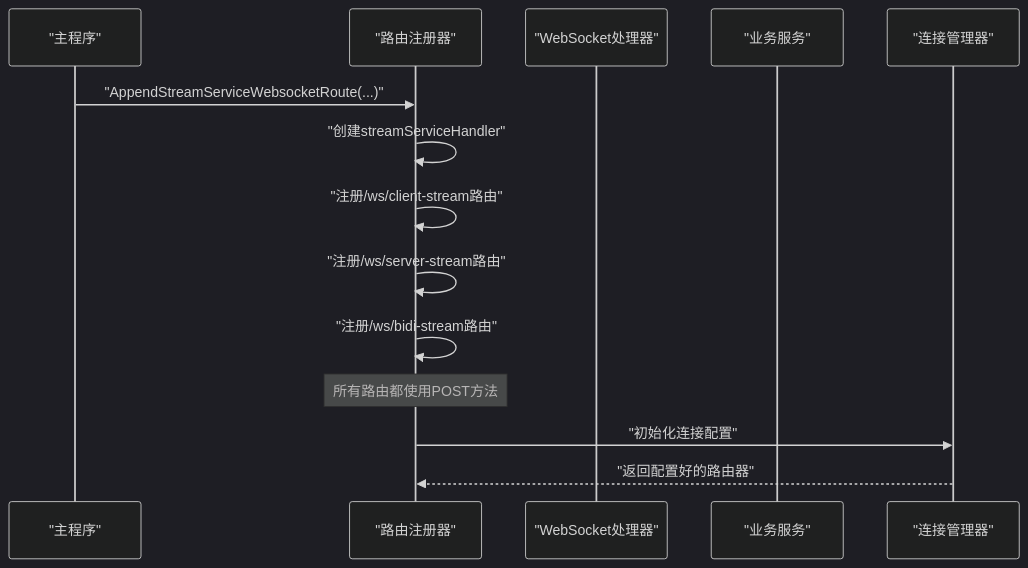
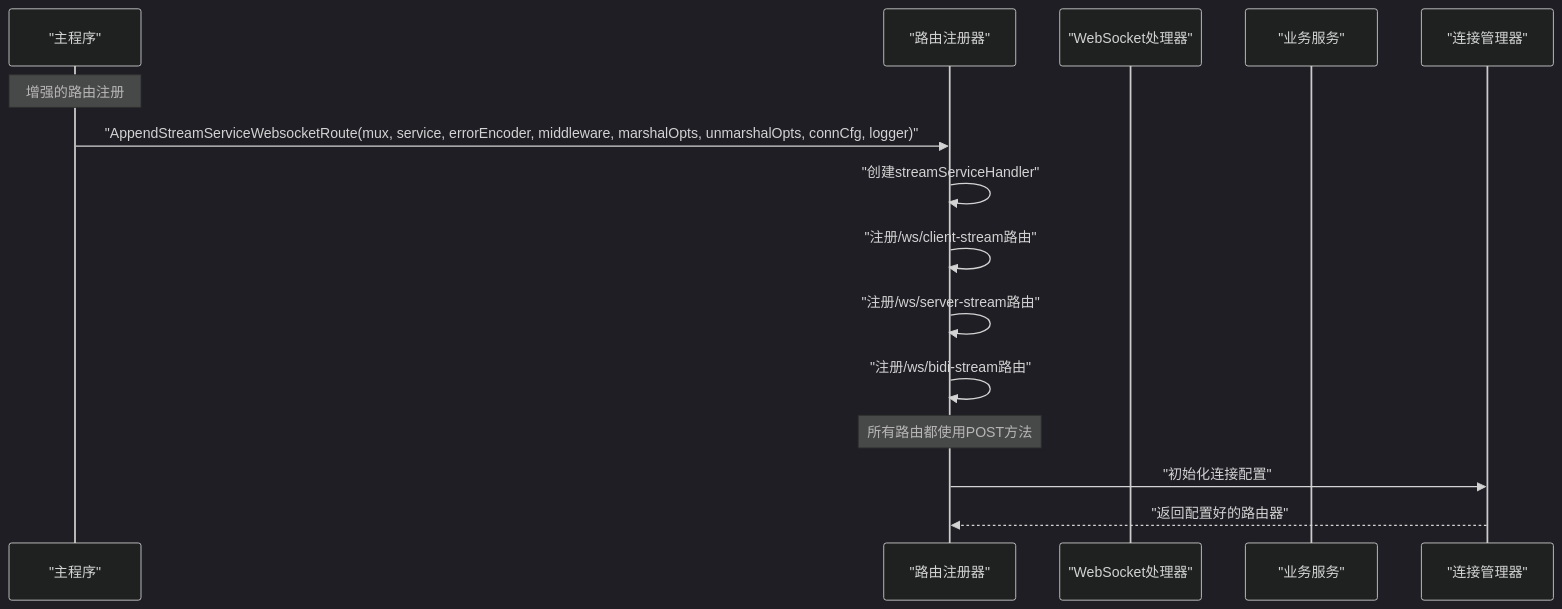
Before and after one commit to soyacen/goose: the eighth of 11 diagrams in .agents/repowiki/zh/content/HTTP 服务器框架/路由管理和处理.md, drawn with Mermaid (dark theme). The commit also changed other lines of this file and 6 other files, not shown here.

````diff
--- a/.agents/repowiki/zh/content/HTTP 服务器框架/路由管理和处理.md
+++ b/.agents/repowiki/zh/content/HTTP 服务器框架/路由管理和处理.md
@@ -437,16 +439,17 @@
 ```mermaid
 sequenceDiagram
 participant Main as "主程序"
 participant Router as "路由注册器"
 participant Handler as "WebSocket处理器"
 participant Service as "业务服务"
 participant ConnMgr as "连接管理器"
-Main->>Router : "AppendStreamServiceWebsocketRoute(...)"
+Note over Main : 增强的路由注册
+Main->>Router : "AppendStreamServiceWebsocketRoute(mux, service, errorEncoder, middleware, marshalOpts, unmarshalOpts, connCfg, logger)"
 Router->>Router : "创建streamServiceHandler"
 Router->>Router : "注册/ws/client-stream路由"
 Router->>Router : "注册/ws/server-stream路由"
 Router->>Router : "注册/ws/bidi-stream路由"
 Note over Router : 所有路由都使用POST方法
 Router->>ConnMgr : "初始化连接配置"
 ConnMgr-->>Router : "返回配置好的路由器"
 ```
````
